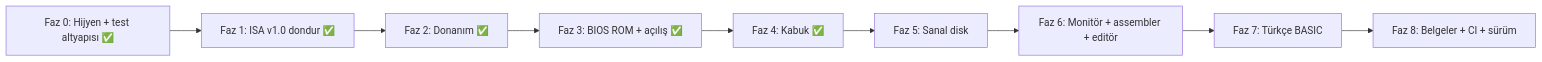
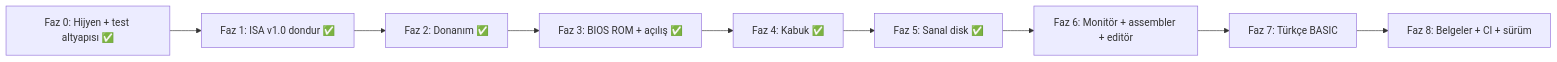
One commit to Yukselcsgn/TURK-8 changed the diagram in implementation_plan.md. Above: the diagram before and after it, drawn with Mermaid. The commit also changed other lines of this file and 12 other files, not shown here.

````diff
--- a/implementation_plan.md
+++ b/implementation_plan.md
@@ -8,11 +8,11 @@
 ```mermaid
 flowchart LR
     F0["Faz 0: Hijyen + test altyapısı ✅"] --> F1["Faz 1: ISA v1.0 dondur ✅"]
     F1 --> F2["Faz 2: Donanım ✅"]
     F2 --> F3["Faz 3: BIOS ROM + açılış ✅"]
     F3 --> F4["Faz 4: Kabuk ✅"]
-    F4 --> F5["Faz 5: Sanal disk"]
+    F4 --> F5["Faz 5: Sanal disk ✅"]
     F5 --> F6["Faz 6: Monitör + assembler + editör"]
     F6 --> F7["Faz 7: Türkçe BASIC"]
     F7 --> F8["Faz 8: Belgeler + CI + sürüm"]
 ```
````
